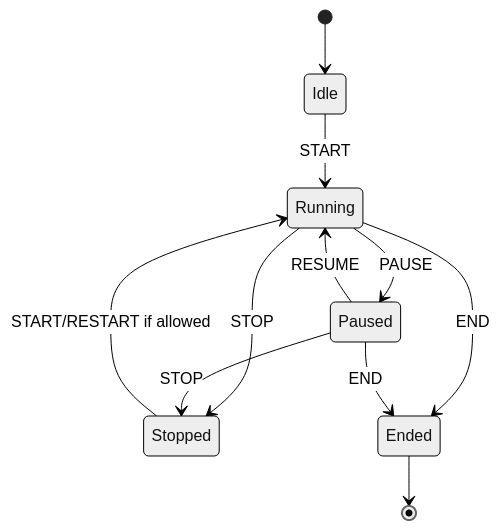
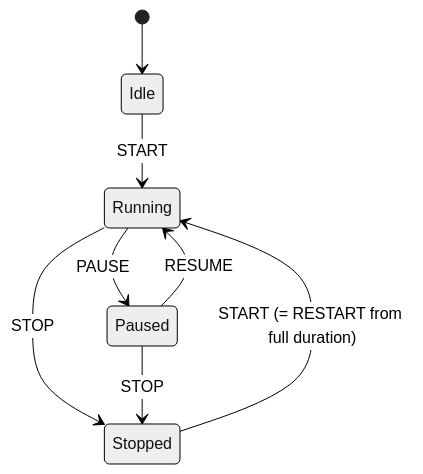
Before and after one commit to gdekeijzer/Klockr: the diagram in docs/TIMER_ENGINE.md, drawn with Mermaid (neutral theme). The commit also changed other lines of this file and 19 other files, not shown here.

````diff
--- a/docs/TIMER_ENGINE.md
+++ b/docs/TIMER_ENGINE.md
@@ -9,13 +9,10 @@
 ```mermaid
 stateDiagram-v2
   [*] --> Idle
   Idle --> Running: START
   Running --> Paused: PAUSE
   Paused --> Running: RESUME
   Running --> Stopped: STOP
   Paused --> Stopped: STOP
-  Running --> Ended: END
-  Paused --> Ended: END
-  Stopped --> Running: START/RESTART if allowed
-  Ended --> [*]
+  Stopped --> Running: START (= RESTART from full duration)
 ```
````
